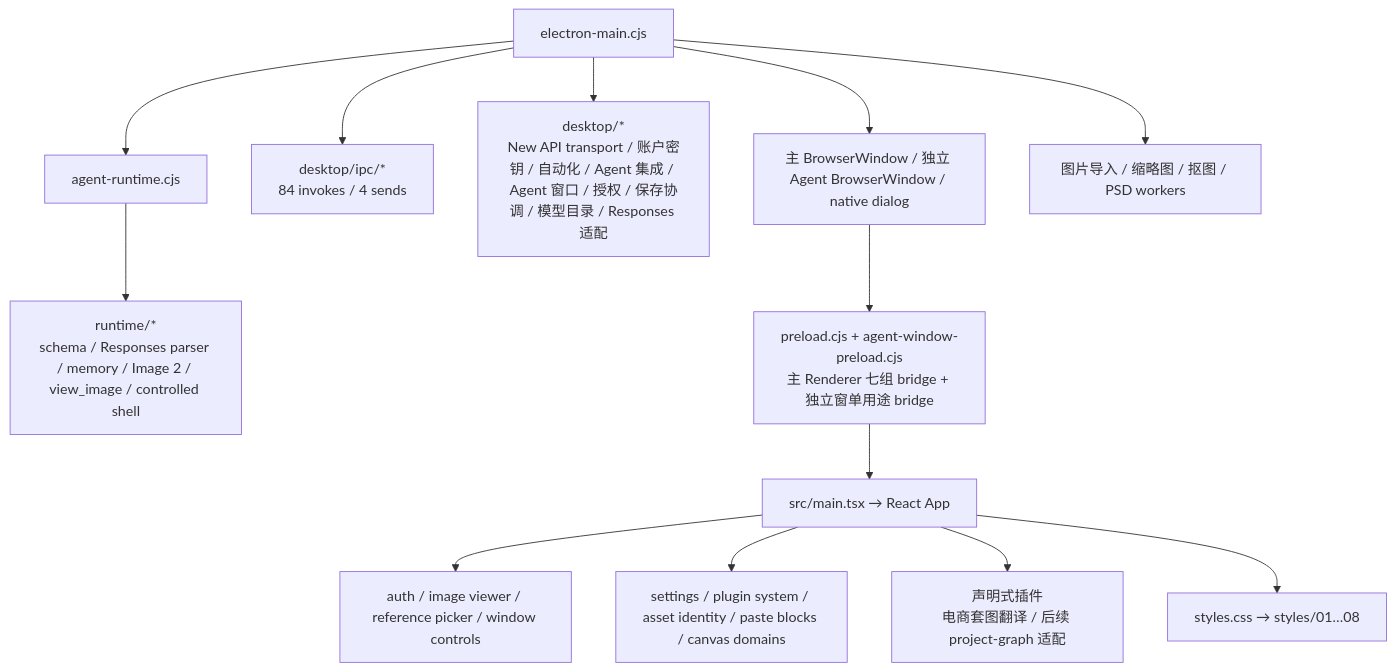
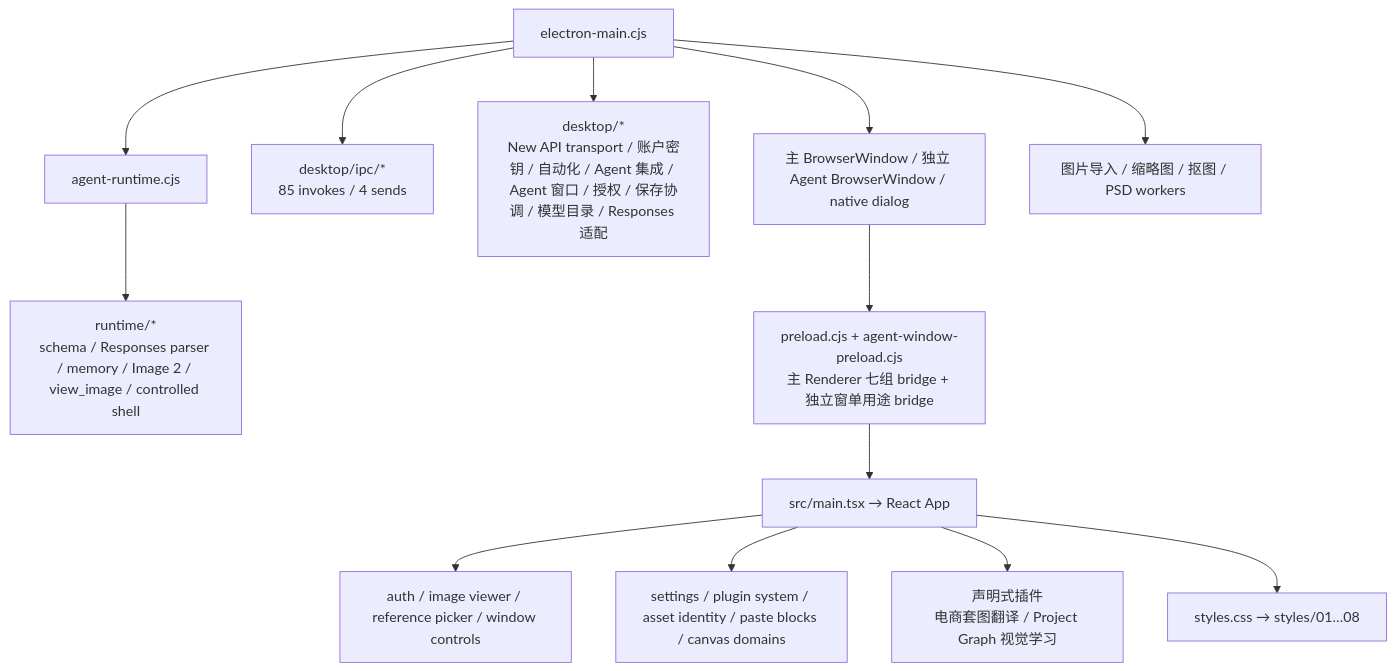
The second of 2 diagrams in WORKSPACE_CONTEXT_MAP.md (naMeaning/SparkAI-WorkSpace), drawn with Mermaid before and after one commit. The commit also changed other lines of this file and 16 other files, not shown here.

Commit message:
feat(plugins): add project graph visualization

````diff
--- a/WORKSPACE_CONTEXT_MAP.md
+++ b/WORKSPACE_CONTEXT_MAP.md
@@ -49,15 +49,15 @@
 ```mermaid
 flowchart TD
   Entry["electron-main.cjs"] --> Window["主 BrowserWindow / 独立 Agent BrowserWindow / native dialog"]
-  Entry --> Ipc["desktop/ipc/*\n84 invokes / 4 sends"]
+  Entry --> Ipc["desktop/ipc/*\n85 invokes / 4 sends"]
   Entry --> DesktopModules["desktop/*\nNew API transport / 账户密钥 / 自动化 / Agent 集成 / Agent 窗口 / 授权 / 保存协调 / 模型目录 / Responses 适配"]
   Entry --> Runtime["agent-runtime.cjs"]
   Runtime --> RuntimeModules["runtime/*\nschema / Responses parser / memory / Image 2 / view_image / controlled shell"]
   Entry --> Workers["图片导入 / 缩略图 / 抠图 / PSD workers"]
   Window --> Preload["preload.cjs + agent-window-preload.cjs\n主 Renderer 七组 bridge + 独立窗单用途 bridge"]
   Preload --> Renderer["src/main.tsx → React App"]
   Renderer --> SurfaceModules["auth / image viewer / reference picker / window controls"]
   Renderer --> DomainModules["settings / plugin system / asset identity / paste blocks / canvas domains"]
-  Renderer --> PluginModules["声明式插件\n电商套图翻译 / 后续 project-graph 适配"]
+  Renderer --> PluginModules["声明式插件\n电商套图翻译 / Project Graph 视觉学习"]
   Renderer --> Styles["styles.css → styles/01…08"]
 ```
````
